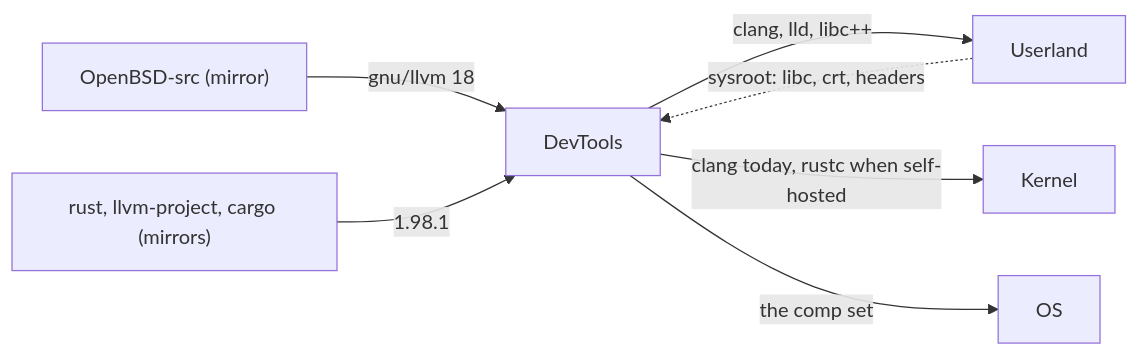
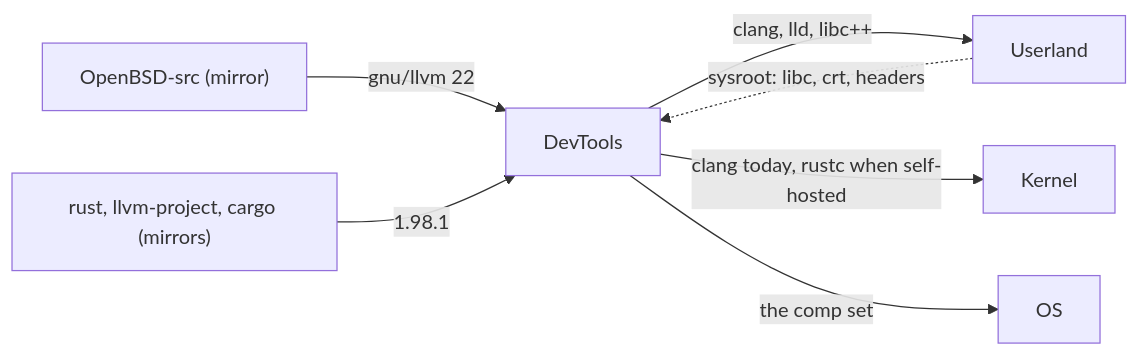
The diagram in README.md (EmiBSD/DevTools), drawn with Mermaid before and after one commit. The commit also changed 6 other files, not shown here.

````diff
--- a/README.md
+++ b/README.md
@@ -42,9 +42,9 @@
 ```mermaid
 flowchart LR
-    obsd["OpenBSD-src (mirror)"] -- "gnu/llvm 18" --> dev["DevTools"]
+    obsd["OpenBSD-src (mirror)"] -- "gnu/llvm 22" --> dev["DevTools"]
     rust["rust, llvm-project, cargo (mirrors)"] -- "1.98.1" --> dev
     dev -- "clang, lld, libc++" --> ul["Userland"]
     dev -- "clang today, rustc when self-hosted" --> k["Kernel"]
     dev -- "the comp set" --> os["OS"]
     ul -. "sysroot: libc, crt, headers" .-> dev
 ```
````
